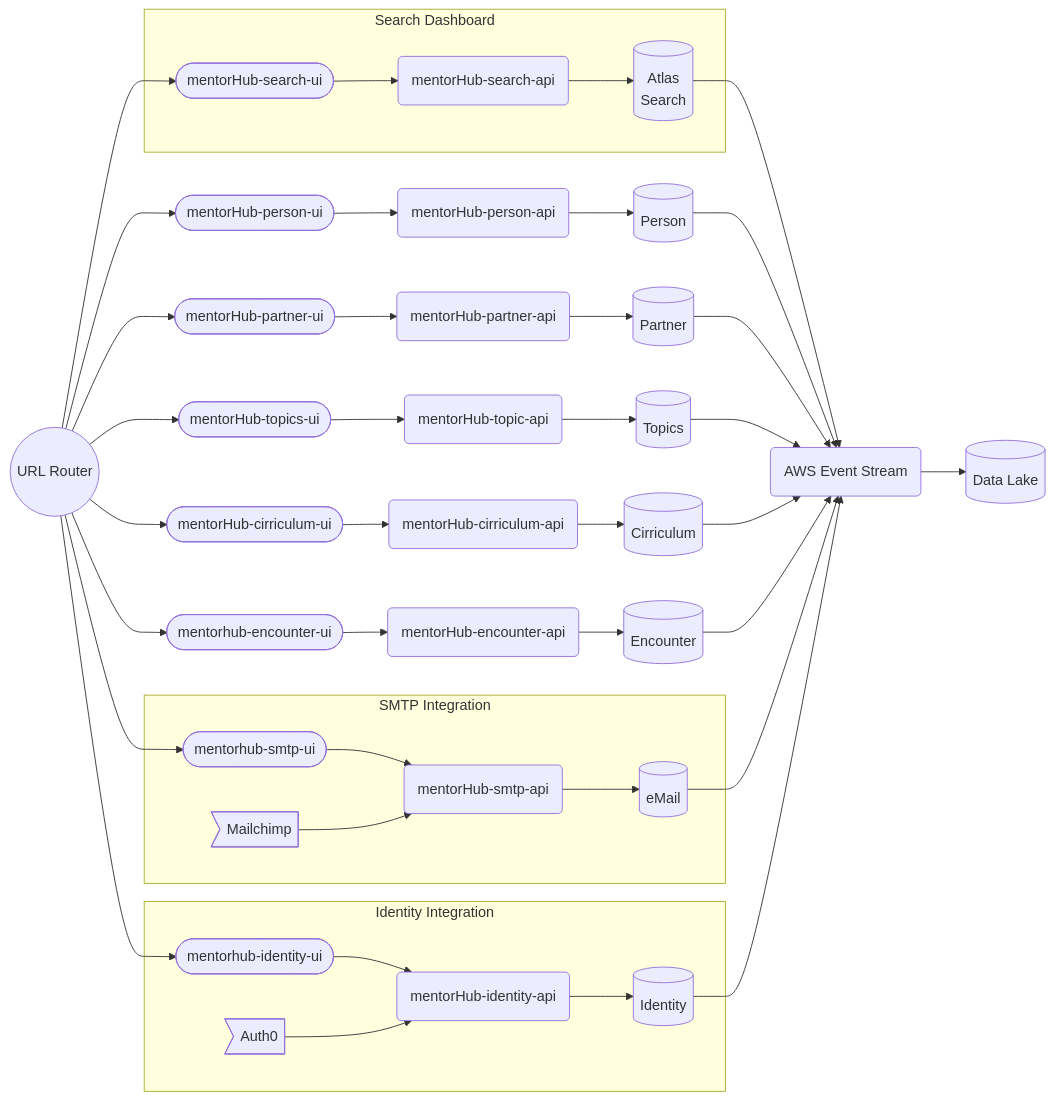
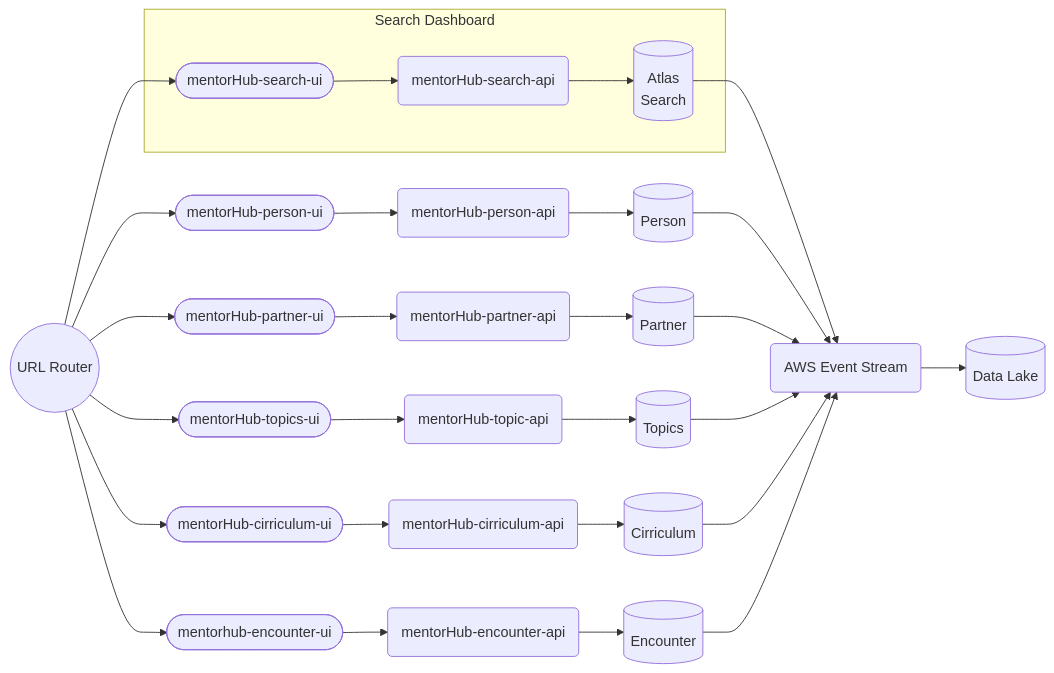
Before and after one commit to agile-learning-institute/mentorHub: the first of 6 diagrams in specifications/ARCHITECTURE.md, drawn with Mermaid.

````diff
--- a/specifications/ARCHITECTURE.md
+++ b/specifications/ARCHITECTURE.md
@@ -19,67 +19,47 @@
 ```mermaid
 flowchart LR
     APIG((URL Router))
     BUS(AWS Event Stream)
     --> DataLake[(Data Lake)]
 
     APIG 
     --> SearchUI([mentorHub-search-ui])
     subgraph Search Dashboard
         SearchUI
         --> SearchAPI(mentorHub-search-api)
         --> SearchDB[(Atlas
             Search)]
     end
     SearchDB --> BUS
 
     APIG
     --> PersonUI([mentorHub-person-ui])
     --> PersonAPI(mentorHub-person-api)
     --> PersonDB[(Person)]
     --> BUS
 
     APIG
     --> PartnerUI([mentorHub-partner-ui])
     --> PartnerAPI(mentorHub-partner-api)
     --> PartnerDB[(Partner)]
     --> BUS
 
     APIG    
     --> TopicsUI([mentorHub-topics-ui])
     --> TopicsAPI(mentorHub-topic-api)
     --> TopicsDB[(Topics)]
     --> BUS
 
     APIG    
     --> CirriculumUI([mentorHub-cirriculum-ui])
     --> CirriculumAPI(mentorHub-cirriculum-api)
     --> CirriculumDB[(Cirriculum)]
     --> BUS
 
     APIG    
     --> EncounterUI([mentorhub-encounter-ui])
     --> EncounterAPI(mentorHub-encounter-api)
     --> EncounterDB[(Encounter)]
     --> BUS
 
-    APIG --> eMailUI([mentorhub-smtp-ui])
-    subgraph SMTP Integration
-        eMailUI
-        --> eMailAPI(mentorHub-smtp-api)
-        --> eMailDB[(eMail)]
-        eMail>Mailchimp]
-        --> eMailAPI
-    end
-    eMailDB --> BUS
-
-    APIG --> IdentityUI([mentorhub-identity-ui])    
-    subgraph Identity Integration
-        IdentityUI
-        --> IdentityAPI(mentorHub-identity-api)
-        --> IdentityDB[(Identity)]
-        Auth0>Auth0]
-        --> IdentityAPI
-    end
-    IdentityDB --> BUS
-
 ```
````
